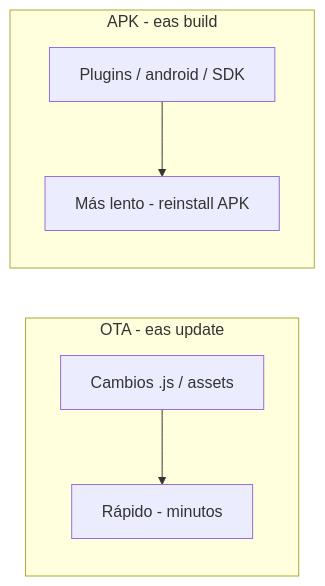
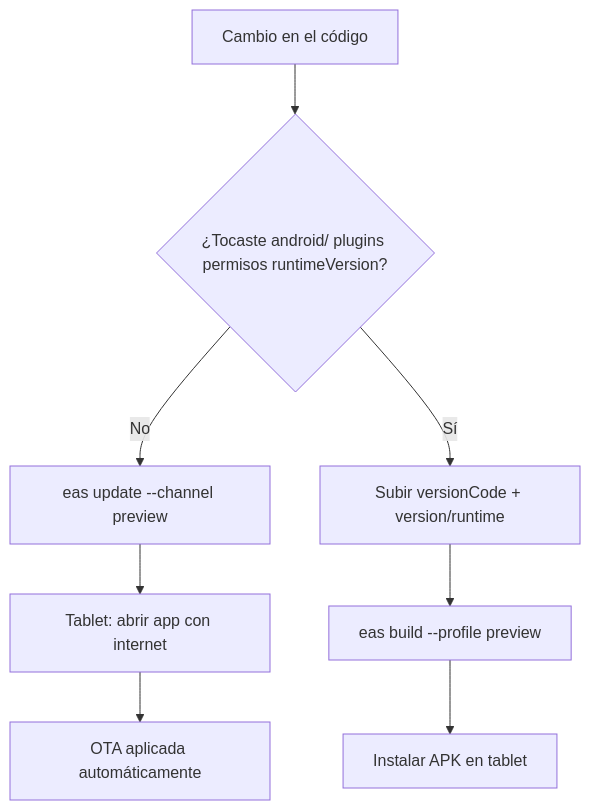
One commit to hgartemis3515/Las-Gambusinas changed the second of 2 diagrams in docs/EXPO_EAS_APK_Y_ACTUALIZACIONES.md. Above: the diagram before and after it, drawn with Mermaid. The commit also changed other lines of this file and 7 other files, not shown here.

````diff
--- a/docs/EXPO_EAS_APK_Y_ACTUALIZACIONES.md
+++ b/docs/EXPO_EAS_APK_Y_ACTUALIZACIONES.md
@@ -255,13 +395,10 @@
 ```mermaid
-flowchart LR
-  subgraph ota [OTA - eas update]
-    JS[Cambios .js / assets]
-    Fast[Rápido - minutos]
-  end
-  subgraph apk [APK - eas build]
-    Native[Plugins / android / SDK]
-    Slow[Más lento - reinstall APK]
-  end
-  JS --> Fast
-  Native --> Slow
+flowchart TD
+  A[Cambio en el código] --> B{¿Tocaste android/ plugins permisos runtimeVersion?}
+  B -->|No| C[eas update --channel preview]
+  C --> D[Tablet: abrir app con internet]
+  D --> E[OTA aplicada automáticamente]
+  B -->|Sí| F[Subir versionCode + version/runtime]
+  F --> G[eas build --profile preview]
+  G --> H[Instalar APK en tablet]
 ```
````
